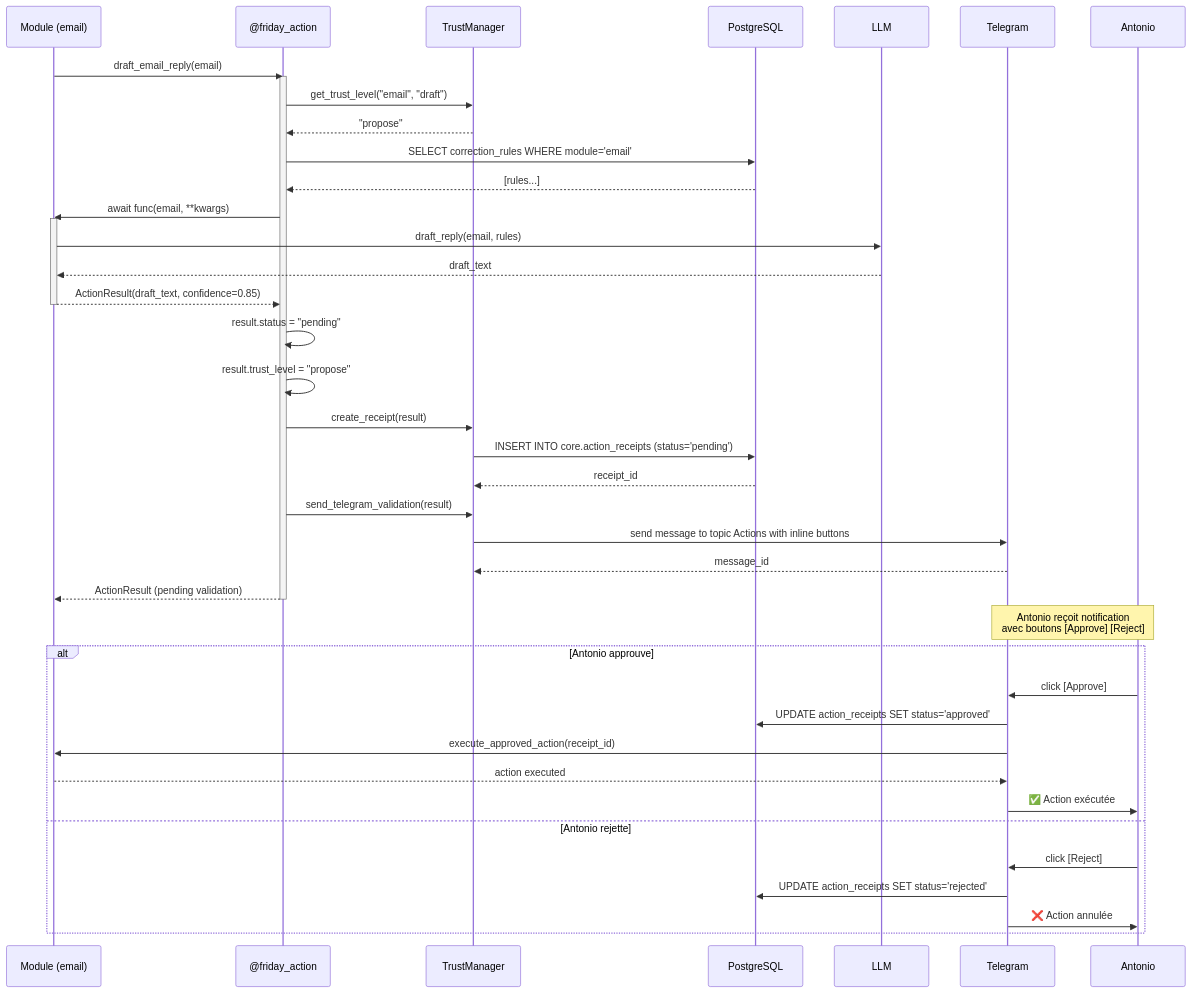
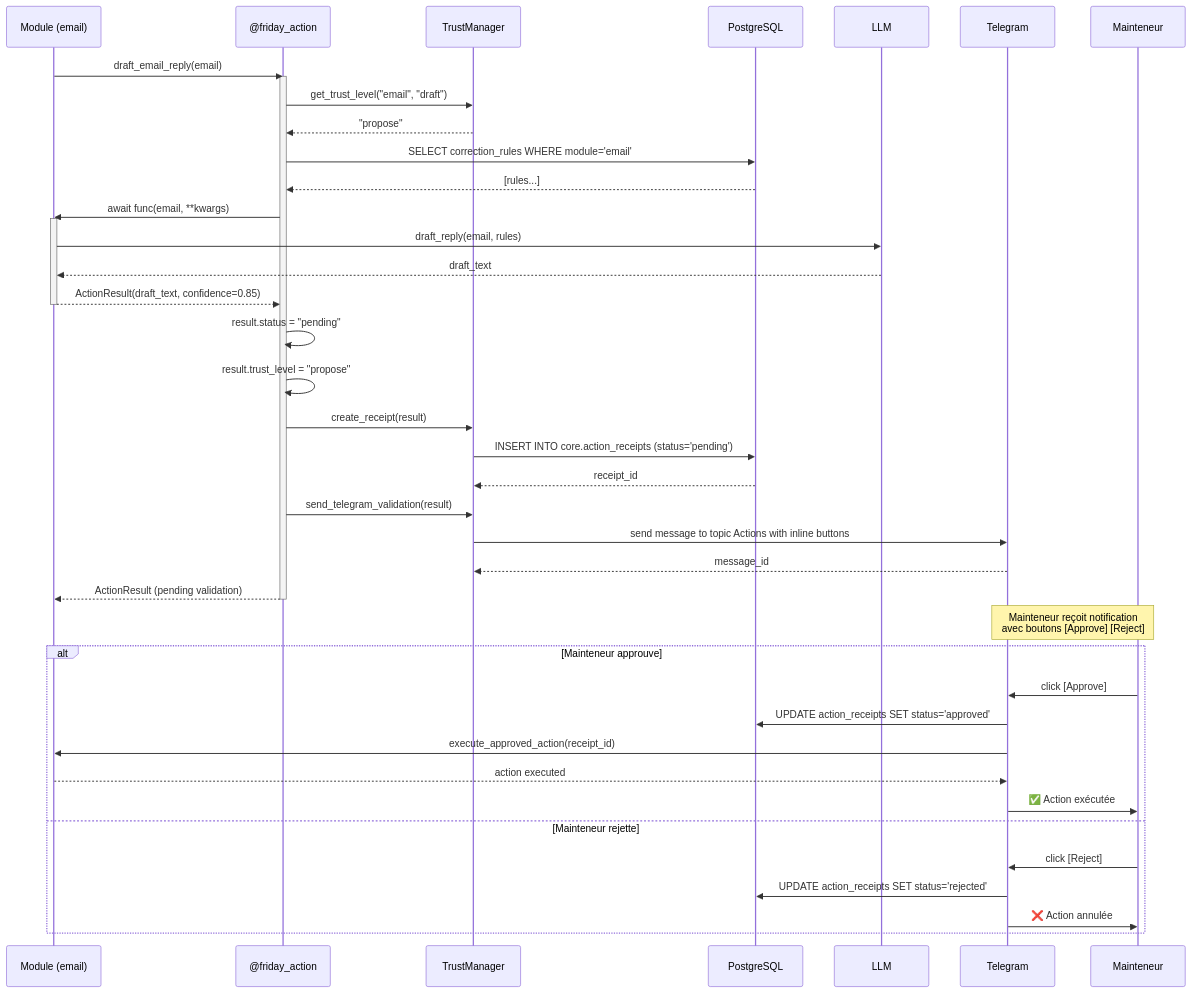
One commit to Masterplan16/Friday-2.0 changed the second of 5 diagrams in docs/trust-layer-sequence.md. Above: the diagram before and after it, drawn with Mermaid. The commit also changed other lines of this file and 42 other files, not shown here.

````diff
--- a/docs/trust-layer-sequence.md
+++ b/docs/trust-layer-sequence.md
@@ -63,54 +63,54 @@
 ```mermaid
 sequenceDiagram
     participant M as Module (email)
     participant D as @friday_action
     participant TM as TrustManager
     participant PG as PostgreSQL
     participant L as LLM
     participant T as Telegram
-    participant A as Antonio
+    participant A as Mainteneur
 
     M->>D: draft_email_reply(email)
     activate D
 
     D->>TM: get_trust_level("email", "draft")
     TM-->>D: "propose"
 
     D->>PG: SELECT correction_rules WHERE module='email'
     PG-->>D: [rules...]
 
     D->>M: await func(email, **kwargs)
     activate M
     M->>L: draft_reply(email, rules)
     L-->>M: draft_text
     M-->>D: ActionResult(draft_text, confidence=0.85)
     deactivate M
 
     D->>D: result.status = "pending"
     D->>D: result.trust_level = "propose"
 
     D->>TM: create_receipt(result)
     TM->>PG: INSERT INTO core.action_receipts (status='pending')
     PG-->>TM: receipt_id
 
     D->>TM: send_telegram_validation(result)
     TM->>T: send message to topic Actions with inline buttons
     T-->>TM: message_id
 
     D-->>M: ActionResult (pending validation)
     deactivate D
 
-    Note over T,A: Antonio reçoit notification<br/>avec boutons [Approve] [Reject]
+    Note over T,A: Mainteneur reçoit notification<br/>avec boutons [Approve] [Reject]
 
-    alt Antonio approuve
+    alt Mainteneur approuve
         A->>T: click [Approve]
         T->>PG: UPDATE action_receipts SET status='approved'
         T->>M: execute_approved_action(receipt_id)
         M-->>T: action executed
         T->>A: ✅ Action exécutée
-    else Antonio rejette
+    else Mainteneur rejette
         A->>T: click [Reject]
         T->>PG: UPDATE action_receipts SET status='rejected'
         T->>A: ❌ Action annulée
     end
 ```
````
